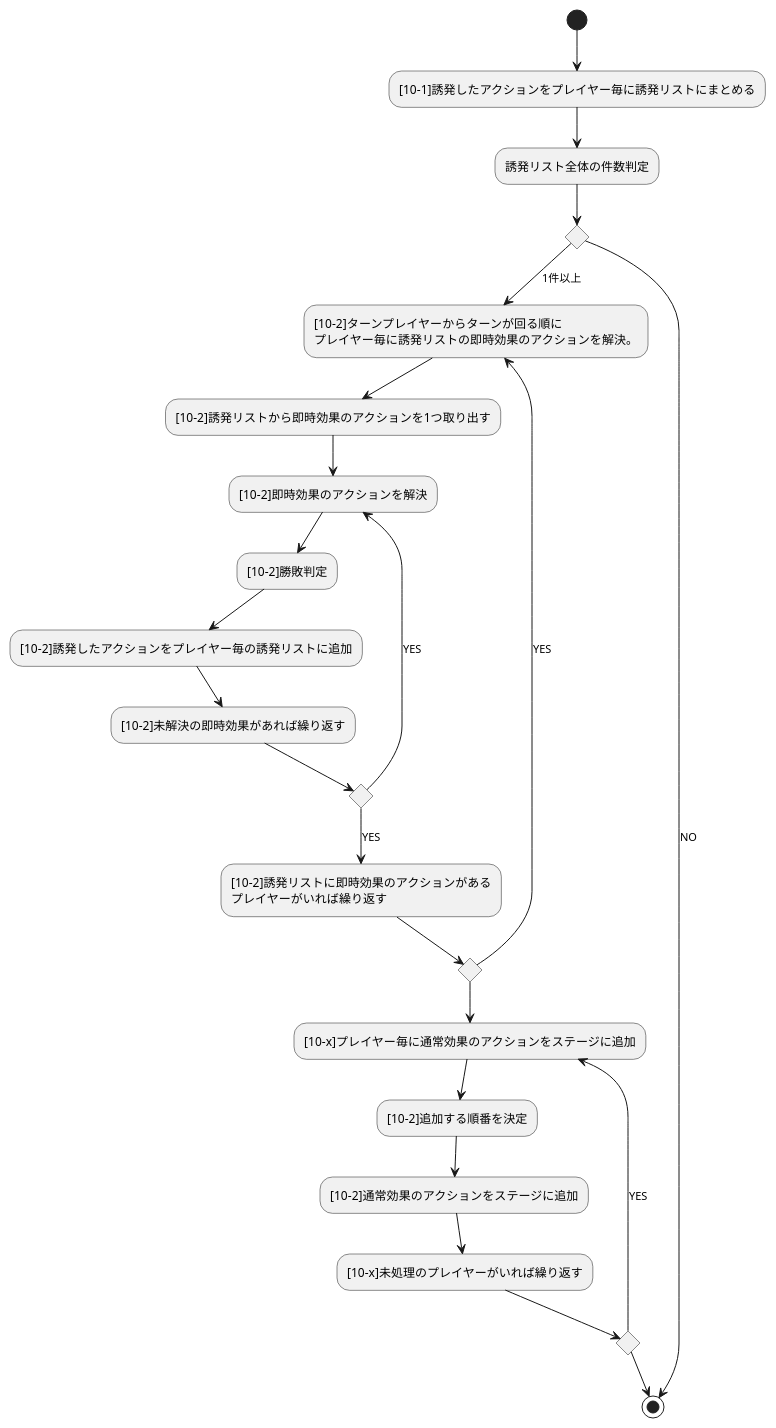
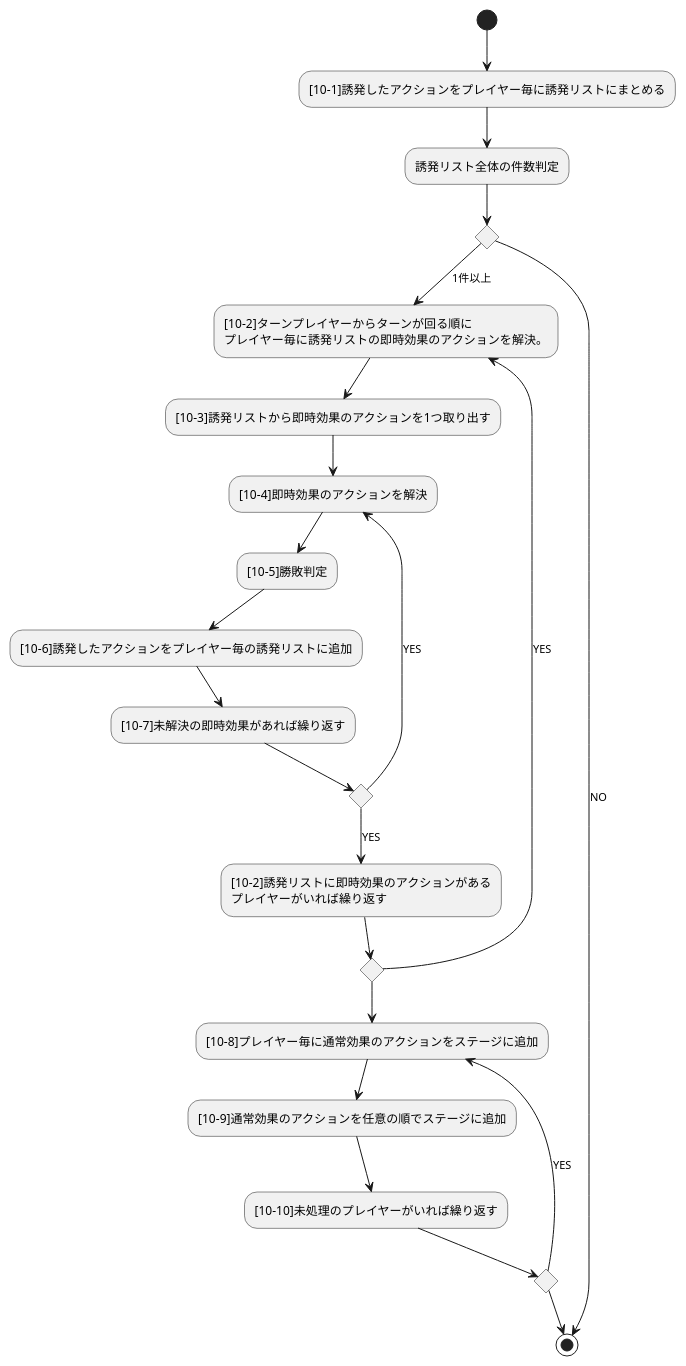
One commit to BlackPoker/BlackPoker changed the diagram in source/core/triggerflow.puml. Above: the diagram before and after it, drawn with PlantUML.

Commit message:
番号整理

```diff
--- a/source/core/triggerflow.puml
+++ b/source/core/triggerflow.puml
@@ -1,35 +1,34 @@
 @startuml
 (*) --> "[10-1]誘発したアクションをプレイヤー毎に誘発リストにまとめる"
 --> "誘発リスト全体の件数判定"
 
 if "" then
     -->[1件以上] "[10-2]ターンプレイヤーからターンが回る順に\nプレイヤー毎に誘発リストの即時効果のアクションを解決。"
-    -->"[10-2]誘発リストから即時効果のアクションを1つ取り出す"
-    -->"[10-2]即時効果のアクションを解決"
-    -->"[10-2]勝敗判定"
-    -->"[10-2]誘発したアクションをプレイヤー毎の誘発リストに追加"
-    -->"[10-2]未解決の即時効果があれば繰り返す"
+    -->"[10-3]誘発リストから即時効果のアクションを1つ取り出す"
+    -->"[10-4]即時効果のアクションを解決"
+    -->"[10-5]勝敗判定"
+    -->"[10-6]誘発したアクションをプレイヤー毎の誘発リストに追加"
+    -->"[10-7]未解決の即時効果があれば繰り返す"
     if "" then
-        -->[YES] "[10-2]即時効果のアクションを解決"
+        -->[YES] "[10-4]即時効果のアクションを解決"
     else
         -->[YES] "[10-2]誘発リストに即時効果のアクションがある\nプレイヤーがいれば繰り返す"
         if "" then
             -->[YES] "[10-2]ターンプレイヤーからターンが回る順に\nプレイヤー毎に誘発リストの即時効果のアクションを解決。"
         else
-            -->"[10-x]プレイヤー毎に通常効果のアクションをステージに追加"
-            -->"[10-2]追加する順番を決定"
-            -->"[10-2]通常効果のアクションをステージに追加"
-            -->"[10-x]未処理のプレイヤーがいれば繰り返す"
+            -->"[10-8]プレイヤー毎に通常効果のアクションをステージに追加"
+            -->"[10-9]通常効果のアクションを任意の順でステージに追加"
+            -->"[10-10]未処理のプレイヤーがいれば繰り返す"
             if "" then
-                -->[YES] "[10-x]プレイヤー毎に通常効果のアクションをステージに追加"
+                -->[YES] "[10-8]プレイヤー毎に通常効果のアクションをステージに追加"
             else
                 -->(*)
             endif
         endif
     endif
 
 else
     -->[NO] (*)
 endif
 
 @enduml
```
